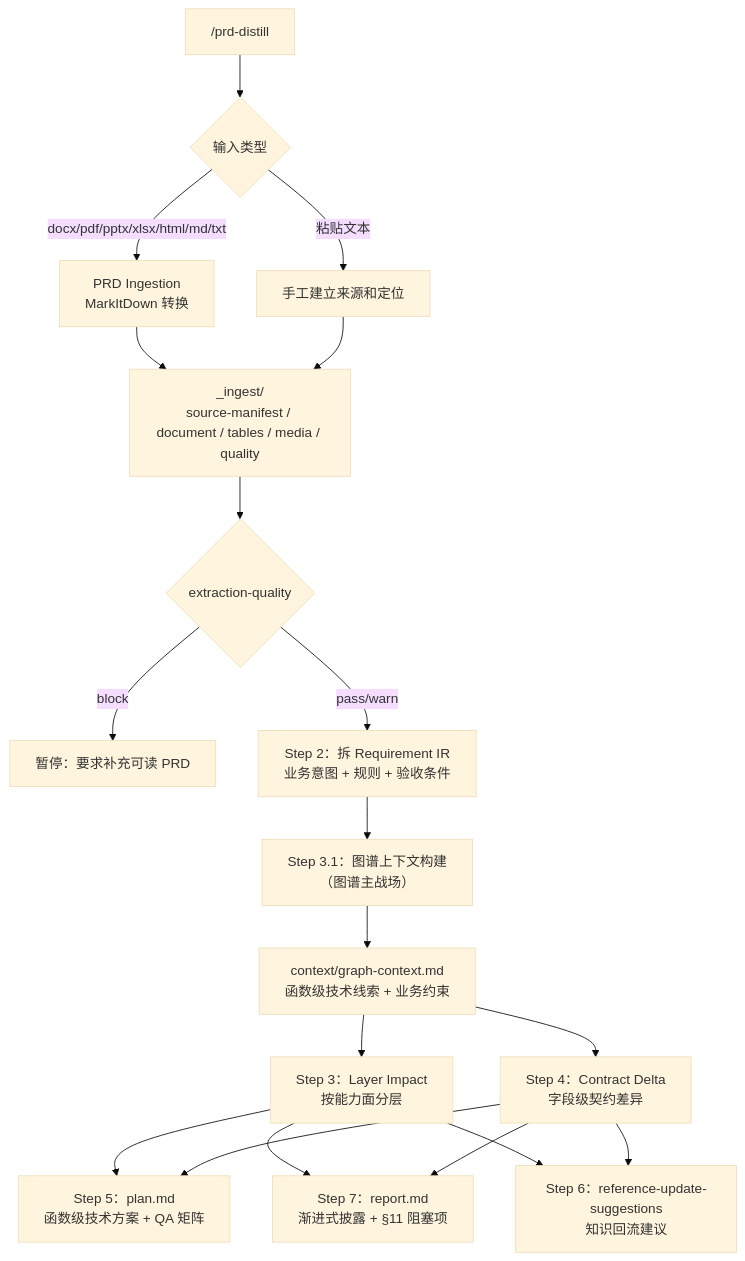
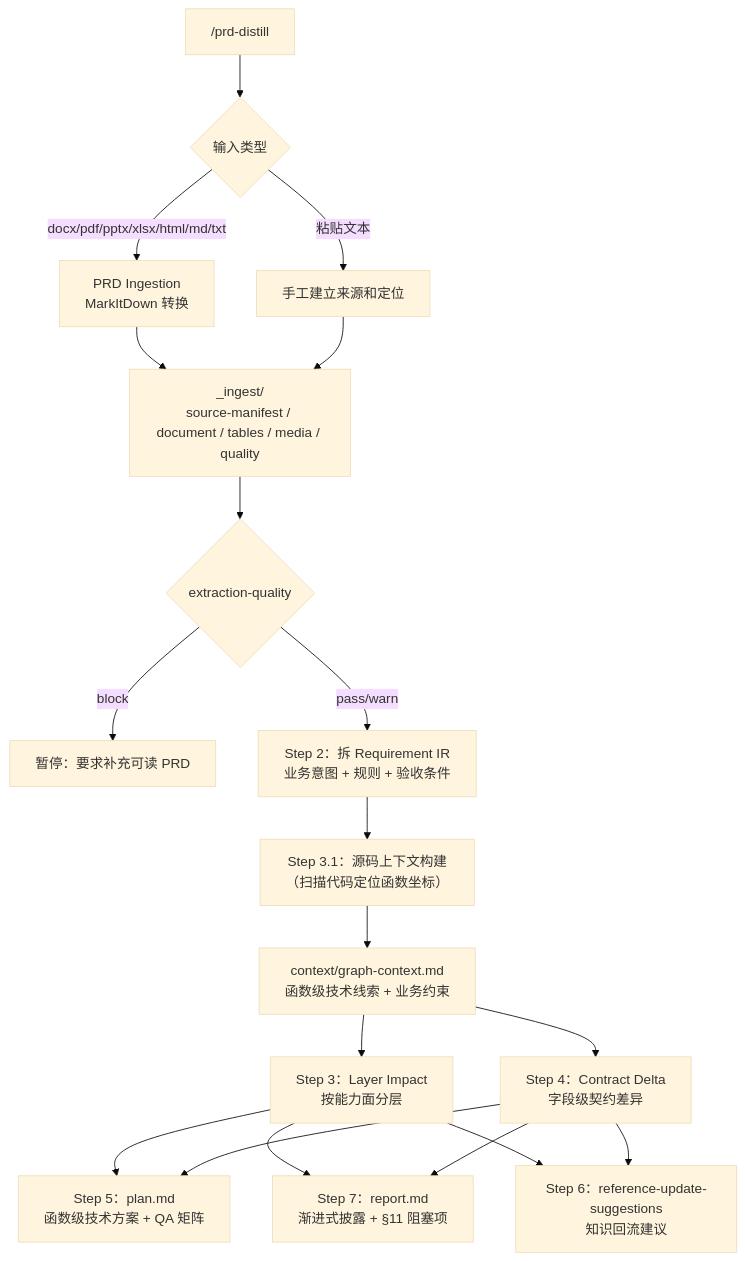
One commit to zachary-lz-glm/prd-tools changed the first of 2 diagrams in plugins/prd-distill/README.md. Above: the diagram before and after it, drawn with Mermaid (base theme). The commit also changed other lines of this file and 27 other files, not shown here.

First line of the commit message:
refactor: 移除 GitNexus/Graphify 第三方图谱工具依赖，回归原生能力

````diff
--- a/plugins/prd-distill/README.md
+++ b/plugins/prd-distill/README.md
@@ -24,21 +24,21 @@
 ```mermaid
 flowchart TD
   A["/prd-distill <PRD 文件或需求文本>"] --> B{"输入类型"}
   B -- "docx/pdf/pptx/xlsx/html/md/txt" --> C["PRD Ingestion\nMarkItDown 转换"]
   B -- "粘贴文本" --> D["手工建立来源和定位"]
   C --> E["_ingest/\nsource-manifest / document / tables / media / quality"]
   D --> E
   E --> F{"extraction-quality"}
   F -- "block" --> G["暂停：要求补充可读 PRD"]
   F -- "pass/warn" --> H["Step 2：拆 Requirement IR\n业务意图 + 规则 + 验收条件"]
-  H --> I["Step 3.1：图谱上下文构建\n（图谱主战场）"]
+  H --> I["Step 3.1：源码上下文构建\n（扫描代码定位函数坐标）"]
   I --> J["context/graph-context.md\n函数级技术线索 + 业务约束"]
   J --> K["Step 3：Layer Impact\n按能力面分层"]
   J --> L["Step 4：Contract Delta\n字段级契约差异"]
   K --> M["Step 5：plan.md\n函数级技术方案 + QA 矩阵"]
   L --> M
   K --> N["Step 7：report.md\n渐进式披露 + §11 阻塞项"]
   L --> N
   K --> O["Step 6：reference-update-suggestions\n知识回流建议"]
   L --> O
 ```
````
